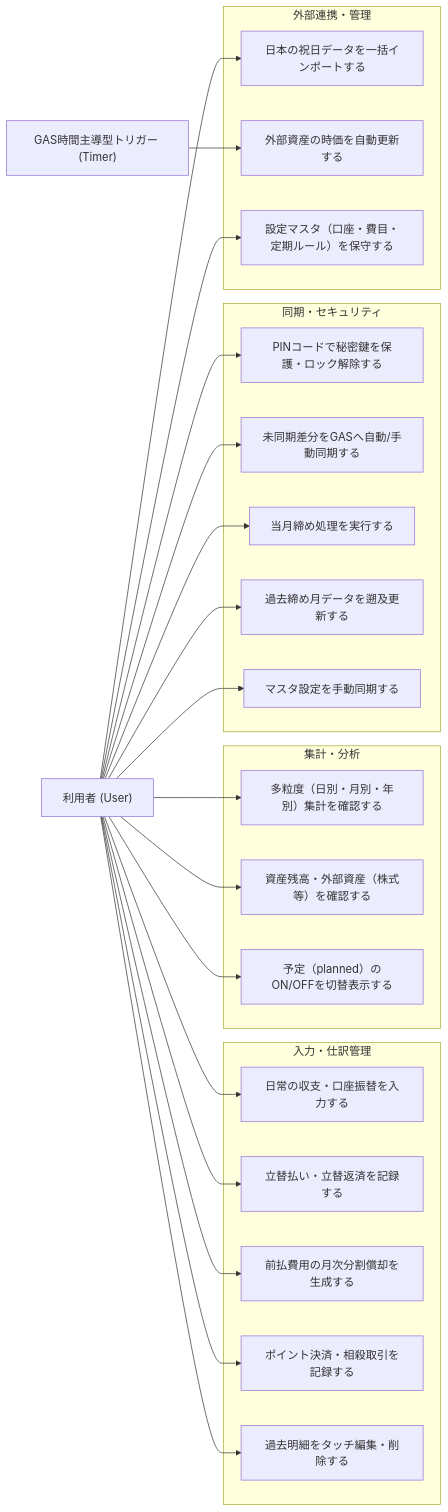
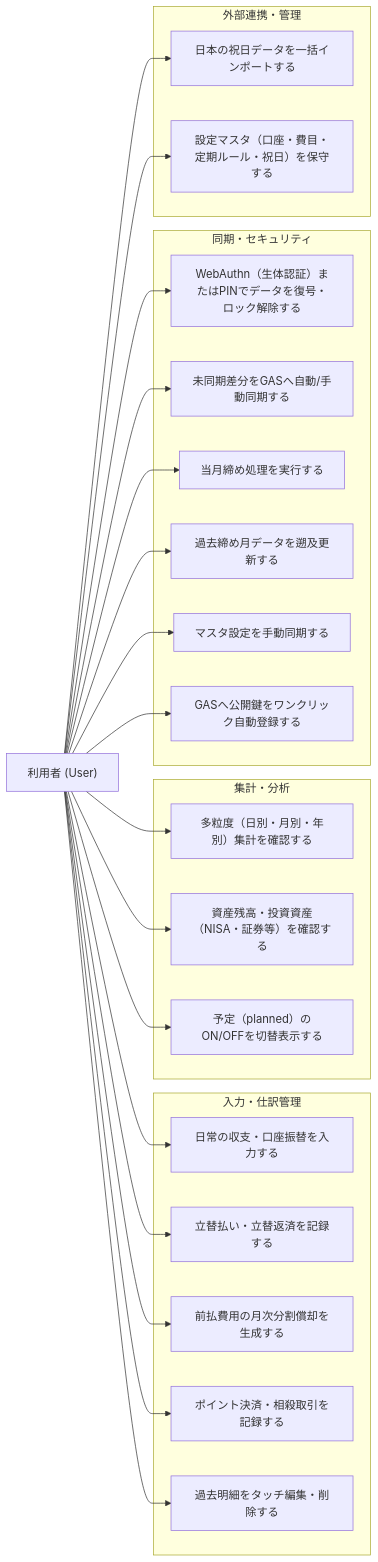
Before and after one commit to tekuteku-life/yose: the third of 11 diagrams in docs/system_design.md, drawn with Mermaid. The commit also changed other lines of this file and 16 other files, not shown here.

First line of the commit message:
feat: implement WebAuthn authentication, at-rest AES-GCM encryption, asset consolidation, and UI improvements

````diff
--- a/docs/system_design.md
+++ b/docs/system_design.md
@@ -561,50 +576,49 @@
 ```mermaid
 flowchart LR
     User["利用者 (User)"]
-    GASTimer["GAS時間主導型トリガー (Timer)"]
 
     subgraph UC_Input["入力・仕訳管理"]
         UC1["日常の収支・口座振替を入力する"]
         UC2["立替払い・立替返済を記録する"]
         UC3["前払費用の月次分割償却を生成する"]
         UC4["ポイント決済・相殺取引を記録する"]
         UC5["過去明細をタッチ編集・削除する"]
     end
 
     subgraph UC_Analytics["集計・分析"]
         UC6["多粒度（日別・月別・年別）集計を確認する"]
-        UC7["資産残高・外部資産（株式等）を確認する"]
+        UC7["資産残高・投資資産（NISA・証券等）を確認する"]
         UC8["予定（planned）のON/OFFを切替表示する"]
     end
 
     subgraph UC_Sync["同期・セキュリティ"]
-        UC9["PINコードで秘密鍵を保護・ロック解除する"]
+        UC9["WebAuthn（生体認証）またはPINでデータを復号・ロック解除する"]
         UC10["未同期差分をGASへ自動/手動同期する"]
         UC11["当月締め処理を実行する"]
         UC12["過去締め月データを遡及更新する"]
         UC13["マスタ設定を手動同期する"]
+        UC14["GASへ公開鍵をワンクリック自動登録する"]
     end
 
     subgraph UC_External["外部連携・管理"]
-        UC14["日本の祝日データを一括インポートする"]
-        UC15["外部資産の時価を自動更新する"]
-        UC16["設定マスタ（口座・費目・定期ルール）を保守する"]
+        UC15["日本の祝日データを一括インポートする"]
+        UC16["設定マスタ（口座・費目・定期ルール・祝日）を保守する"]
     end
 
     User --> UC1
     User --> UC2
     User --> UC3
     User --> UC4
     User --> UC5
     User --> UC6
     User --> UC7
     User --> UC8
     User --> UC9
     User --> UC10
     User --> UC11
     User --> UC12
     User --> UC13
     User --> UC14
+    User --> UC15
     User --> UC16
-    GASTimer --> UC15
 ```
````
